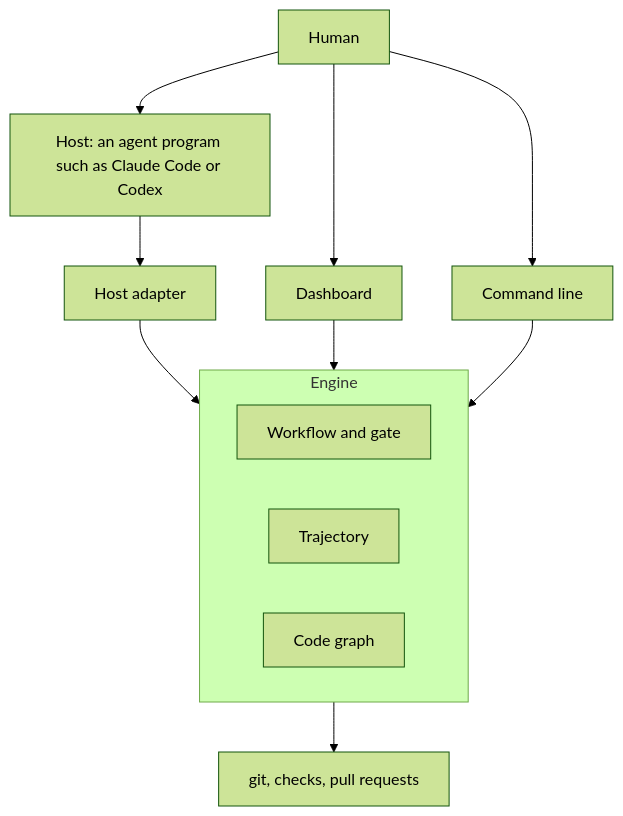
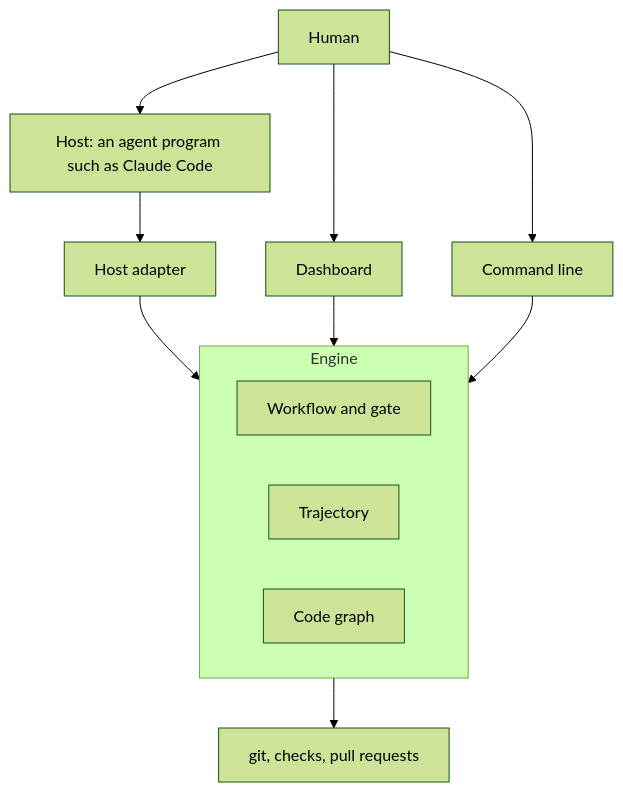
The diagram in docs/architecture/README.md (trustmybot/tmb), drawn with Mermaid (forest theme) before and after one commit. The commit also changed other lines of this file and 6 other files, not shown here.

````diff
--- a/docs/architecture/README.md
+++ b/docs/architecture/README.md
@@ -21,16 +21,16 @@
 ```mermaid
 flowchart TD
-    H["Human"] --> Host["Host: an agent program such as Claude Code or Codex"]
+    H["Human"] --> Host["Host: an agent program such as Claude Code"]
     H --> D["Dashboard"]
     H --> C["Command line"]
     Host --> A["Host adapter"]
     A --> E
     D --> E
     C --> E
     subgraph E["Engine"]
         W["Workflow and gate"]
         T["Trajectory"]
         G["Code graph"]
     end
     E --> Git["git, checks, pull requests"]
 ```
````
